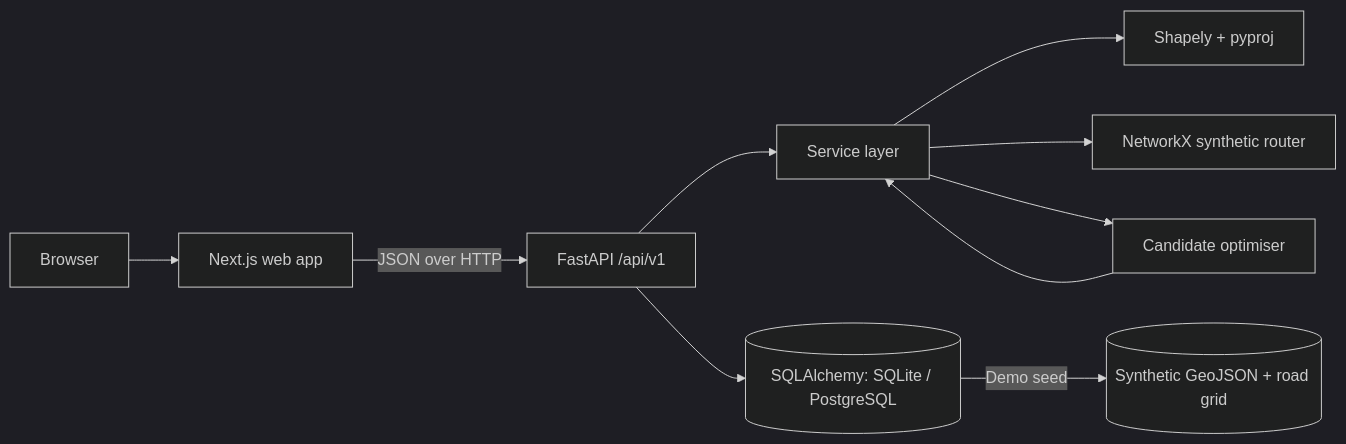
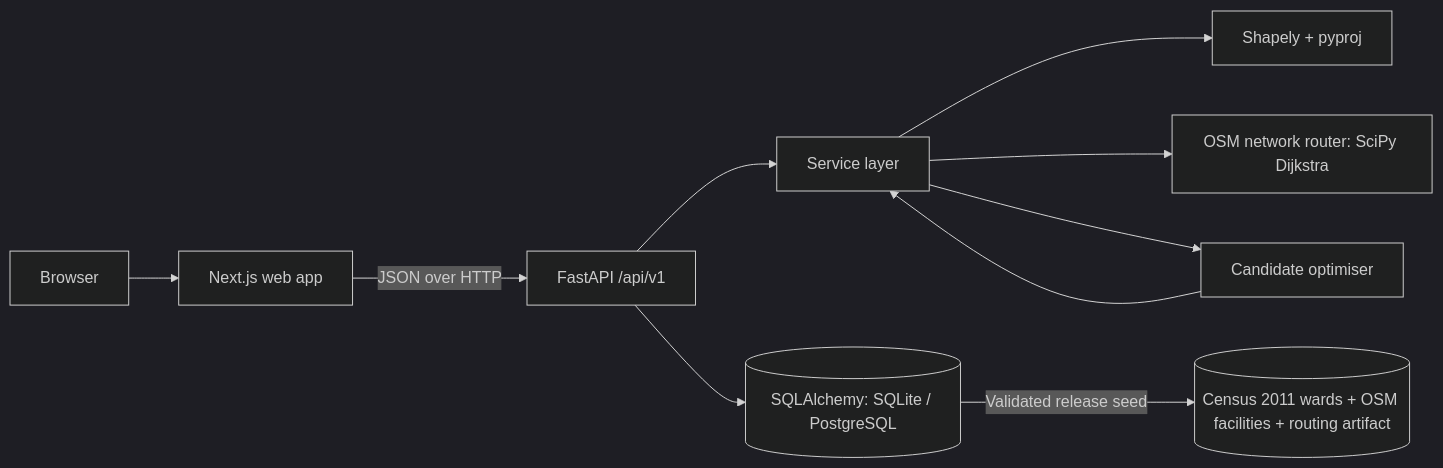
One commit to BinarySpecter/CareGap changed the diagram in README.md. Above: the diagram before and after it, drawn with Mermaid (dark theme). The commit also changed other lines of this file and 92 other files, not shown here.

````diff
--- a/README.md
+++ b/README.md
@@ -149,12 +202,12 @@
 ```mermaid
 flowchart LR
   U[Browser] --> W[Next.js web app]
   W -->|JSON over HTTP| A[FastAPI /api/v1]
   A --> S[Service layer]
   S --> G[Shapely + pyproj]
-  S --> R[NetworkX synthetic router]
+  S --> R[OSM network router: SciPy Dijkstra]
   S --> O[Candidate optimiser]
   A --> D[(SQLAlchemy: SQLite / PostgreSQL)]
-  D -->|Demo seed| Seed[(Synthetic GeoJSON + road grid)]
+  D -->|Validated release seed| Seed[(Census 2011 wards + OSM facilities + routing artifact)]
   O --> S
 ```
````
